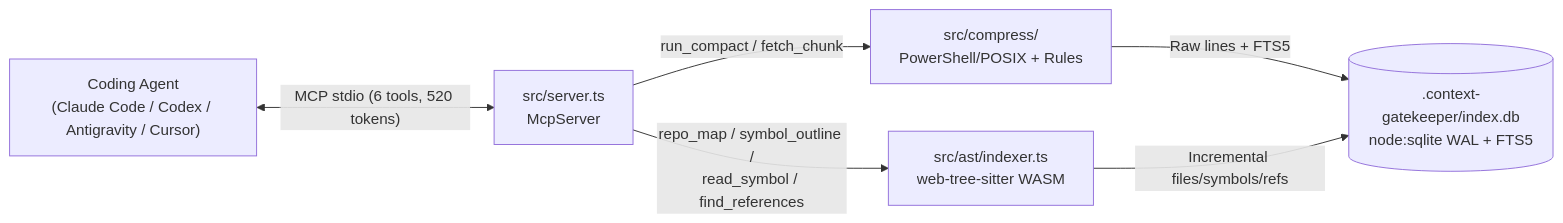
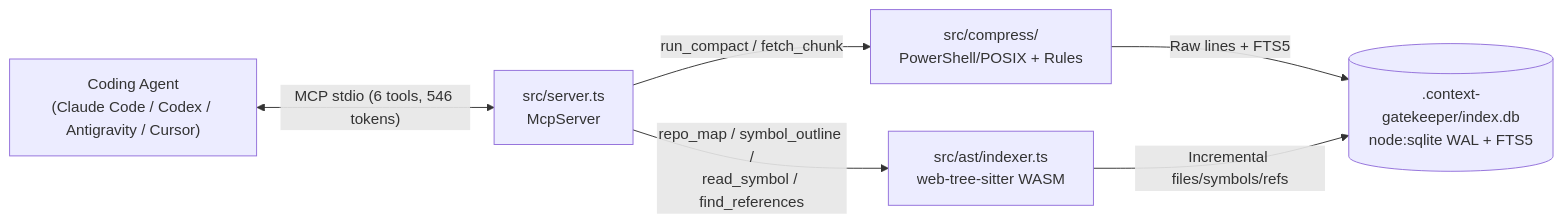
One commit to AaronPG095/Context-Gatekeeper-MCP changed the diagram in docs/ARCHITECTURE.md. Above: the diagram before and after it, drawn with Mermaid. The commit also changed other lines of this file and 8 other files, not shown here.

````diff
--- a/docs/ARCHITECTURE.md
+++ b/docs/ARCHITECTURE.md
@@ -5,11 +5,11 @@
 ```mermaid
 flowchart LR
     Agent["Coding Agent\n(Claude Code / Codex / Antigravity / Cursor)"]
-    Agent <-->|"MCP stdio (6 tools, 520 tokens)"| Server["src/server.ts\nMcpServer"]
+    Agent <-->|"MCP stdio (6 tools, 546 tokens)"| Server["src/server.ts\nMcpServer"]
 
     Server -->|"run_compact / fetch_chunk"| Runner["src/compress/\nPowerShell/POSIX + Rules"]
     Runner -->|"Raw lines + FTS5"| DB[(".context-gatekeeper/index.db\nnode:sqlite WAL + FTS5")]
 
     Server -->|"repo_map / symbol_outline /\nread_symbol / find_references"| Indexer["src/ast/indexer.ts\nweb-tree-sitter WASM"]
     Indexer -->|"Incremental files/symbols/refs"| DB
 ```
````
